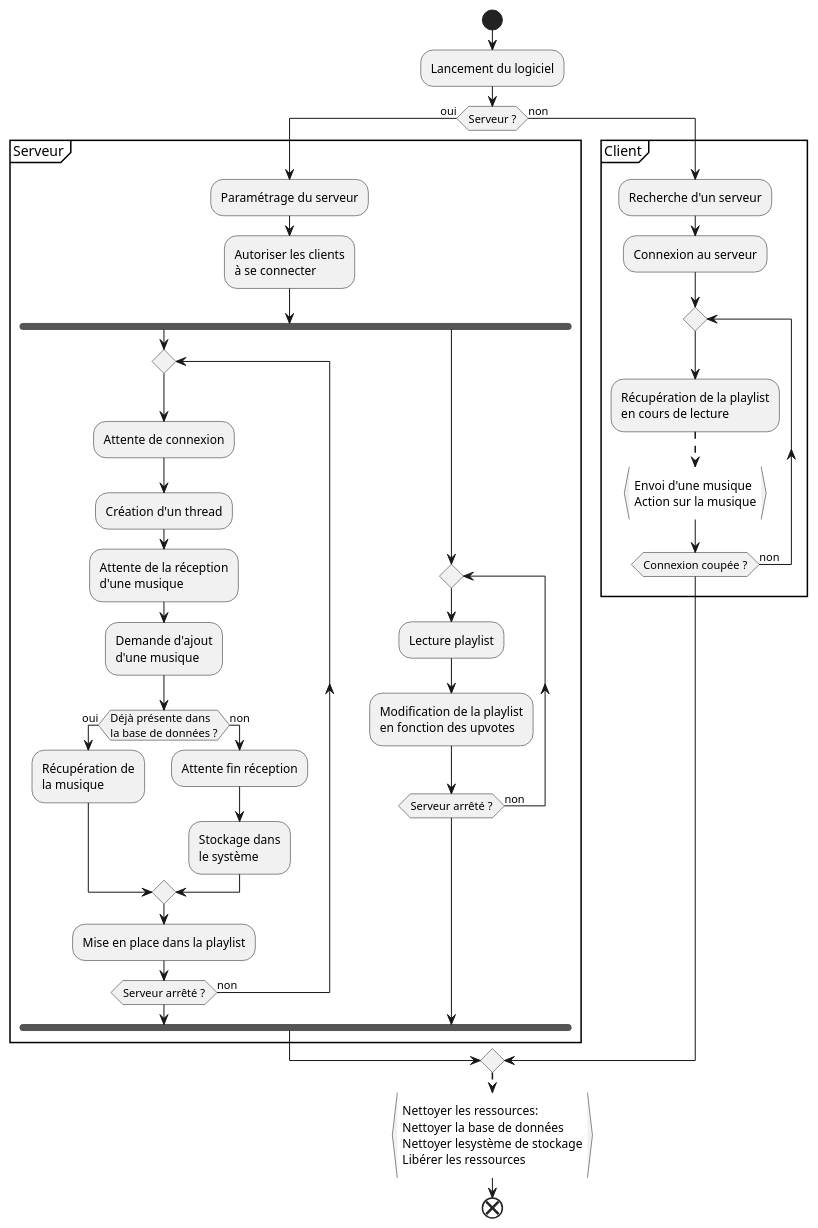
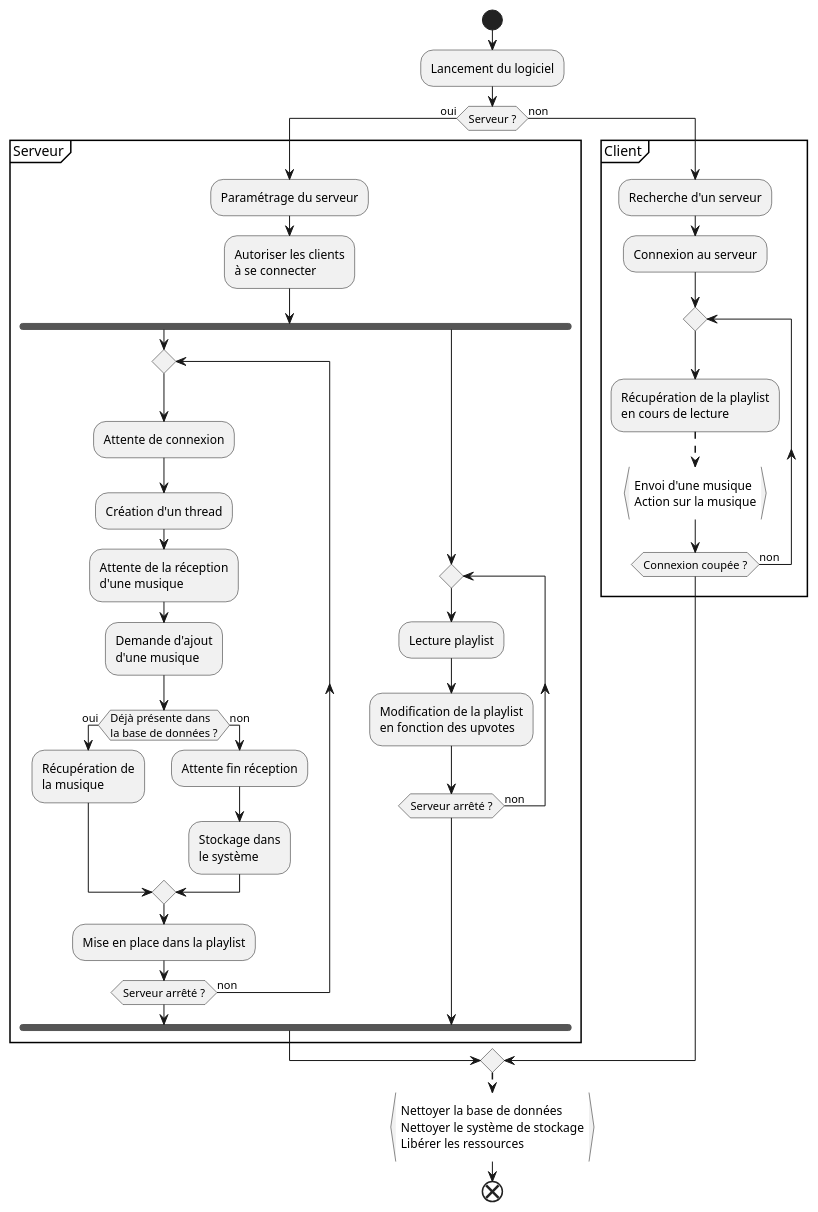
Before and after one commit to heig-vd-pro2017/cahier-des-charges: the diagram in Activity.plantuml, drawn with PlantUML. The commit also changed 1 other file, not shown here.

```diff
--- a/Activity.plantuml
+++ b/Activity.plantuml
@@ -1,55 +1,55 @@
 @startuml
 
 start
 
 :Lancement du logiciel;
 
 if(Serveur ?) is (oui) then
 
 partition Serveur {
     :Paramétrage du serveur;
     :Autoriser les clients\nà se connecter;
     fork
         repeat
             :Attente de connexion;
             :Création d'un thread;
             :Attente de la réception\nd'une musique;
             :Demande d'ajout\nd'une musique;
             if(Déjà présente dans\nla base de données ?) is (oui) then
                 :Récupération de\nla musique;
             else (non)
                 :Attente fin réception;
                 :Stockage dans\nle système;
             endif
             :Mise en place dans la playlist;
         repeat while(Serveur arrêté ?) is (non)
 
     fork again
         repeat
             :Lecture playlist;
             :Modification de la playlist\nen fonction des upvotes;
         repeat while(Serveur arrêté ?) is (non)
     end fork
 }
 
 else (non)
 
 partition Client {
     :Recherche d'un serveur;
     :Connexion au serveur;
     repeat
         :Récupération de la playlist\nen cours de lecture;
         -[dashed]->
         :Envoi d'une musique\nAction sur la musique}
     repeat while (Connexion coupée ?) is (non)
 }
 
 endif
 
 
 -[dashed]->
-:Nettoyer les ressources:\nNettoyer la base de données\nNettoyer lesystème de stockage\nLibérer les ressources}
+:Nettoyer la base de données\nNettoyer le système de stockage\nLibérer les ressources}
 
 end
 
 @enduml
```
